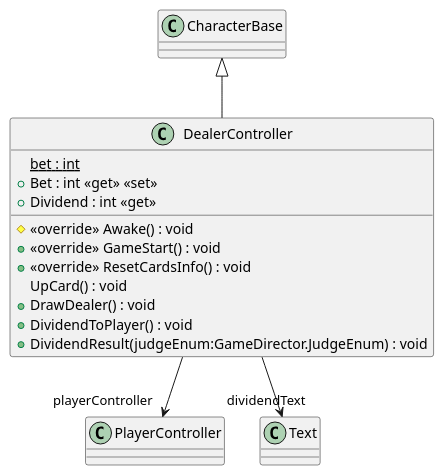
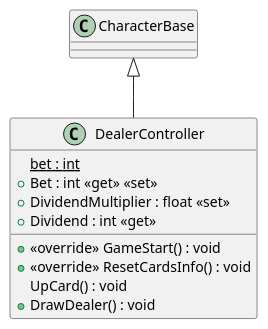
The diagram in plantuml/DealerController.puml (ds202004gp/BlackjackUnity), drawn with PlantUML before and after one commit. The commit also changed 6 other files, not shown here.

Commit message:
クラス図作成

```diff
--- a/plantuml/DealerController.puml
+++ b/plantuml/DealerController.puml
@@ -1,17 +1,13 @@
 @startuml
 class DealerController {
     {static} bet : int
     + Bet : int <<get>> <<set>>
-    # <<override>> Awake() : void
+    + DividendMultiplier : float <<set>>
+    + Dividend : int <<get>>
     + <<override>> GameStart() : void
     + <<override>> ResetCardsInfo() : void
     UpCard() : void
     + DrawDealer() : void
-    + Dividend : int <<get>>
-    + DividendToPlayer() : void
-    + DividendResult(judgeEnum:GameDirector.JudgeEnum) : void
 }
 CharacterBase <|-- DealerController
-DealerController --> "playerController" PlayerController
-DealerController --> "dividendText" Text
 @enduml
```
